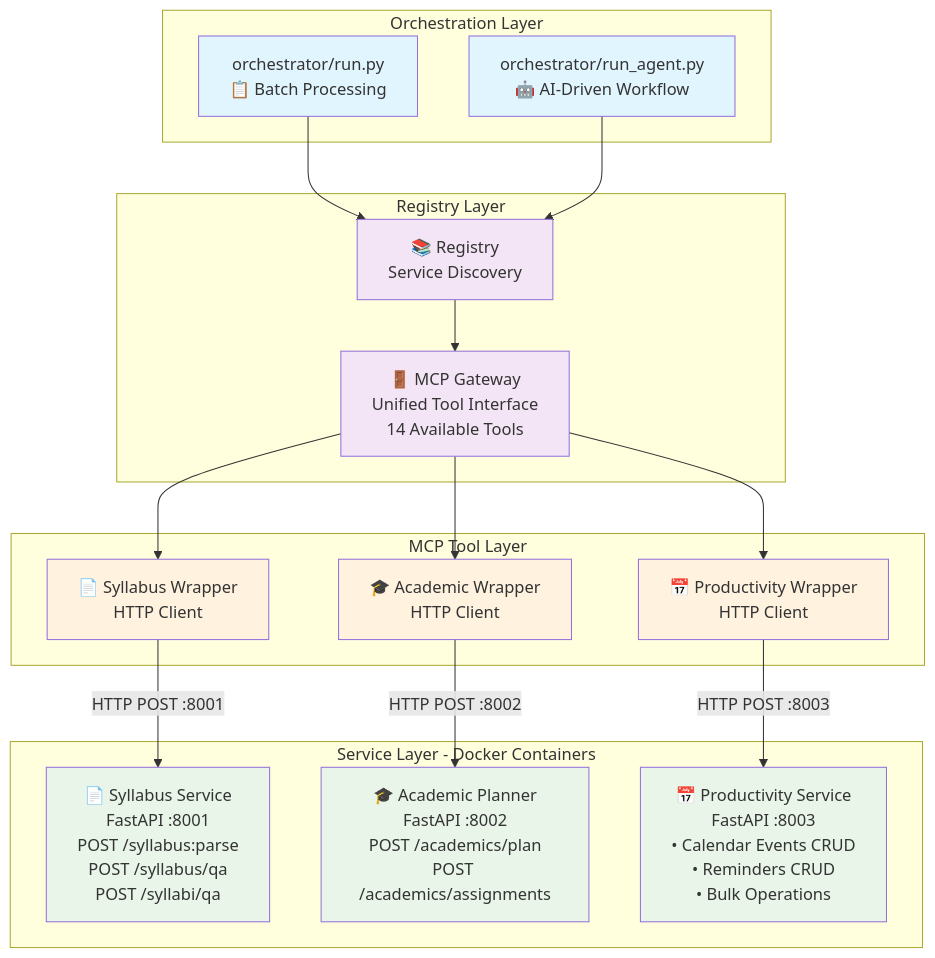
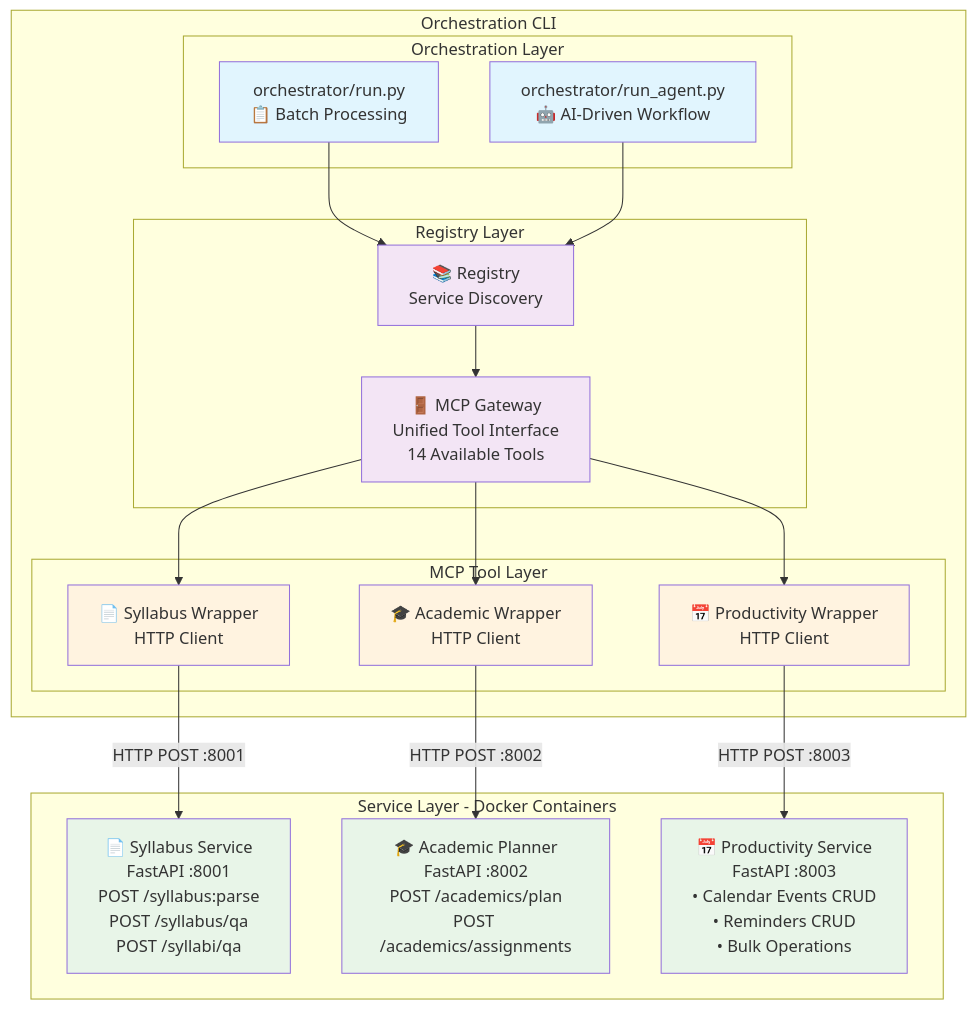
Before and after one commit to cmu-able/mcp-syllabus-example: the diagram in README.md, drawn with Mermaid.

Commit message:
docs: Make client side more apparent

````diff
--- a/README.md
+++ b/README.md
@@ -25,44 +25,46 @@
 ```mermaid
 graph TB
-    subgraph "Orchestration Layer"
-        CLI1["orchestrator/run.py<br/>📋 Batch Processing"]
-        CLI2["orchestrator/run_agent.py<br/>🤖 AI-Driven Workflow"]
+    subgraph "Orchestration CLI"
+        subgraph "Orchestration Layer"
+            CLI1["orchestrator/run.py<br/>📋 Batch Processing"]
+            CLI2["orchestrator/run_agent.py<br/>🤖 AI-Driven Workflow"]
+        end
+    
+        subgraph "Registry Layer"
+            REGISTRY["📚 Registry<br/>Service Discovery"]
+            GATEWAY["🚪 MCP Gateway<br/>Unified Tool Interface<br/>14 Available Tools"]
+        end
+    
+        subgraph "MCP Tool Layer" 
+            WRAPPER1["📄 Syllabus Wrapper<br/>HTTP Client"]
+            WRAPPER2["🎓 Academic Wrapper<br/>HTTP Client"]
+            WRAPPER3["📅 Productivity Wrapper<br/>HTTP Client"]
+        end
     end
-    
-    subgraph "Registry Layer"
-        REGISTRY["📚 Registry<br/>Service Discovery"]
-        GATEWAY["🚪 MCP Gateway<br/>Unified Tool Interface<br/>14 Available Tools"]
-    end
-    
-    subgraph "MCP Tool Layer" 
-        WRAPPER1["📄 Syllabus Wrapper<br/>HTTP Client"]
-        WRAPPER2["🎓 Academic Wrapper<br/>HTTP Client"]
-        WRAPPER3["📅 Productivity Wrapper<br/>HTTP Client"]
-    end
-    
+
     subgraph "Service Layer - Docker Containers"
         SERVICE1["📄 Syllabus Service<br/>FastAPI :8001<br/>POST /syllabus:parse<br/>POST /syllabus/qa<br/>POST /syllabi/qa"]
         SERVICE2["🎓 Academic Planner<br/>FastAPI :8002<br/>POST /academics/plan<br/>POST /academics/assignments"]
         SERVICE3["📅 Productivity Service<br/>FastAPI :8003<br/>• Calendar Events CRUD<br/>• Reminders CRUD<br/>• Bulk Operations"]
     end
     
     CLI1 --> REGISTRY
     CLI2 --> REGISTRY
     REGISTRY --> GATEWAY
     GATEWAY --> WRAPPER1
     GATEWAY --> WRAPPER2
     GATEWAY --> WRAPPER3
     WRAPPER1 -->|HTTP POST :8001| SERVICE1
     WRAPPER2 -->|HTTP POST :8002| SERVICE2
     WRAPPER3 -->|HTTP POST :8003| SERVICE3
     
     classDef orchestration fill:#e1f5fe
     classDef integration fill:#f3e5f5
     classDef communication fill:#fff3e0
     classDef service fill:#e8f5e8
     
     class CLI1,CLI2 orchestration
     class REGISTRY,GATEWAY integration
     class WRAPPER1,WRAPPER2,WRAPPER3 communication
     class SERVICE1,SERVICE2,SERVICE3 service
 ```
````
